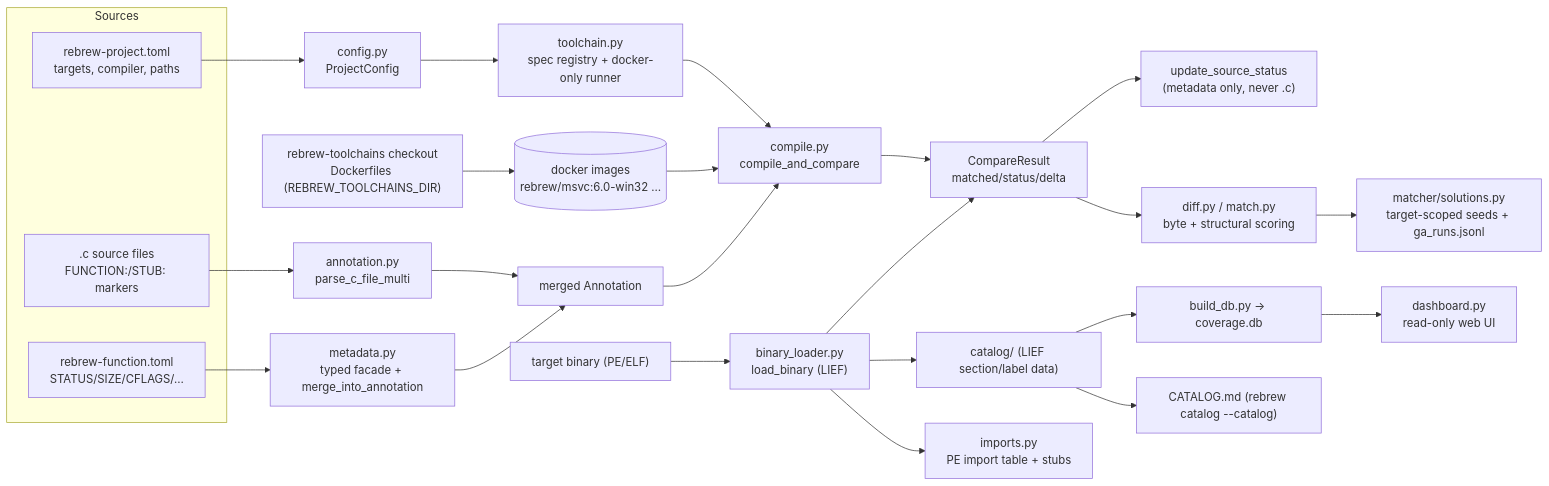
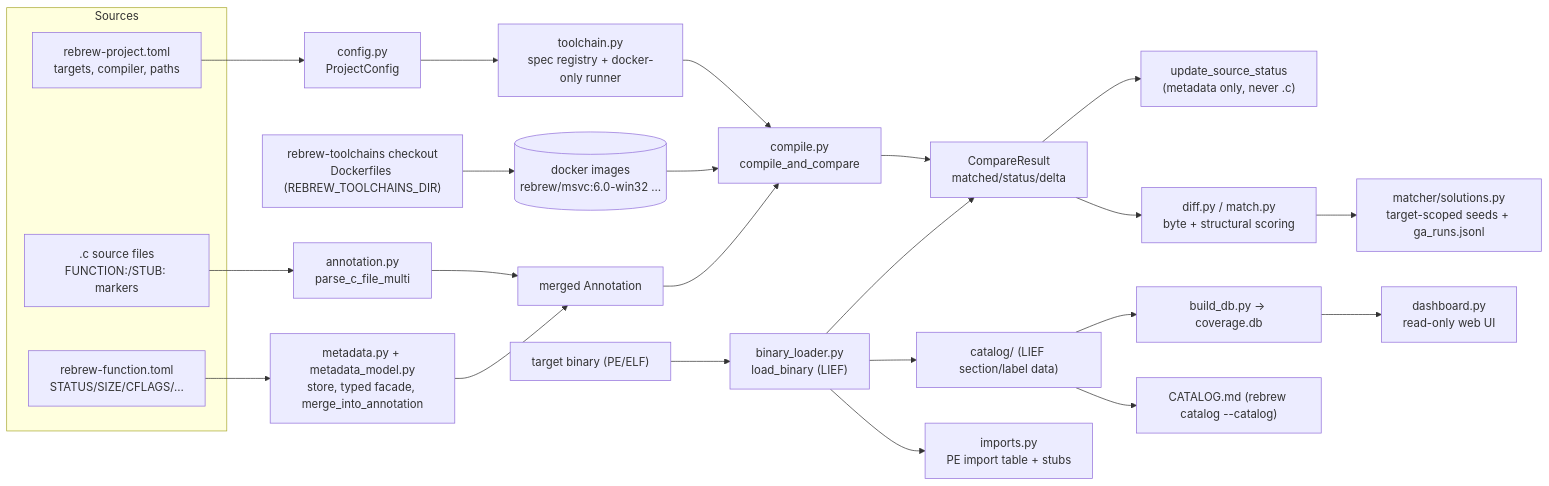
The diagram in docs/ARCHITECTURE.md (maci0/rebrew), drawn with Mermaid before and after one commit. The commit also changed other lines of this file and 8 other files, not shown here.

````diff
--- a/docs/ARCHITECTURE.md
+++ b/docs/ARCHITECTURE.md
@@ -23,36 +23,36 @@
 ```mermaid
 flowchart LR
     subgraph Sources
         C[".c source files<br/>FUNCTION:/STUB: markers"]
         TOML["rebrew-project.toml<br/>targets, compiler, paths"]
         META["rebrew-function.toml<br/>STATUS/SIZE/CFLAGS/…"]
     end
 
     C --> ANNOT["annotation.py<br/>parse_c_file_multi"]
-    META --> FACADE["metadata.py<br/>typed facade + merge_into_annotation"]
+    META --> FACADE["metadata.py + metadata_model.py<br/>store, typed facade, merge_into_annotation"]
     TOML --> CFG["config.py<br/>ProjectConfig"]
 
     ANNOT --> MERGED["merged Annotation"]
     FACADE --> MERGED
 
     CFG --> TOOLCHAIN["toolchain.py<br/>spec registry + docker-only runner"]
     RT["rebrew-toolchains checkout<br/>Dockerfiles (REBREW_TOOLCHAINS_DIR)"] --> IMG[("docker images<br/>rebrew/msvc:6.0-win32 …")]
     TOOLCHAIN --> COMPILE["compile.py<br/>compile_and_compare"]
     IMG --> COMPILE
 
     BIN["target binary (PE/ELF)"] --> LOAD["binary_loader.py<br/>load_binary (LIEF)"]
     MERGED --> COMPILE
     COMPILE --> CMP["CompareResult<br/>matched/status/delta"]
     LOAD --> CMP
 
     CMP --> STATUS["update_source_status<br/>(metadata only, never .c)"]
     CMP --> DIFF["diff.py / match.py<br/>byte + structural scoring"]
 
     LOAD --> CATALOG["catalog/ (LIEF section/label data)"]
     CATALOG --> DB["build_db.py → coverage.db"]
     CATALOG --> CATMD["CATALOG.md (rebrew catalog --catalog)"]
     DB --> DASH["dashboard.py<br/>read-only web UI"]
 
     LOAD --> IMPORTS["imports.py<br/>PE import table + stubs"]
     DIFF --> SOL["matcher/solutions.py<br/>target-scoped seeds + ga_runs.jsonl"]
 ```
````
